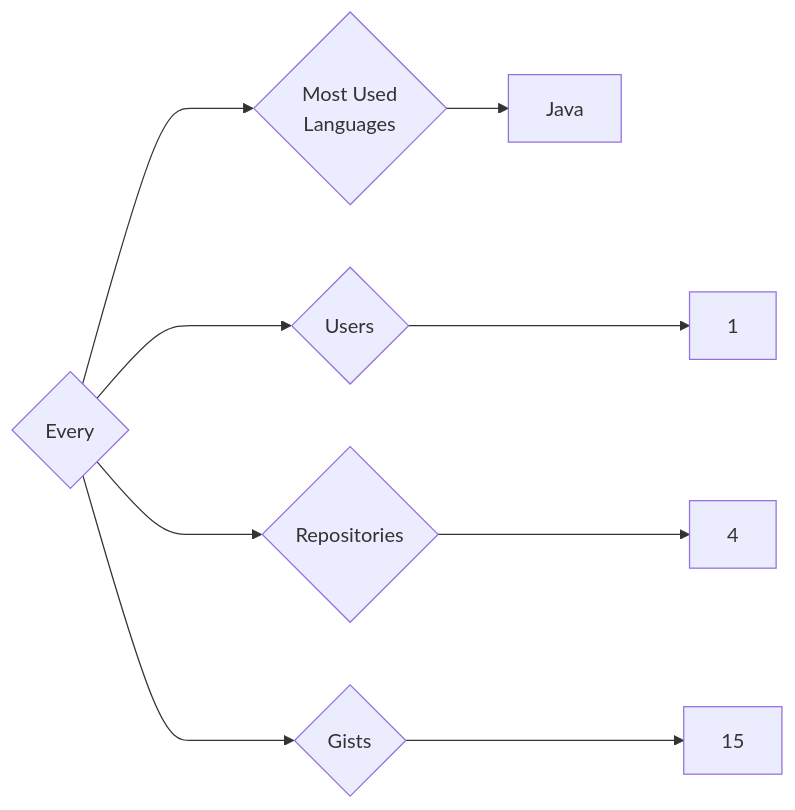
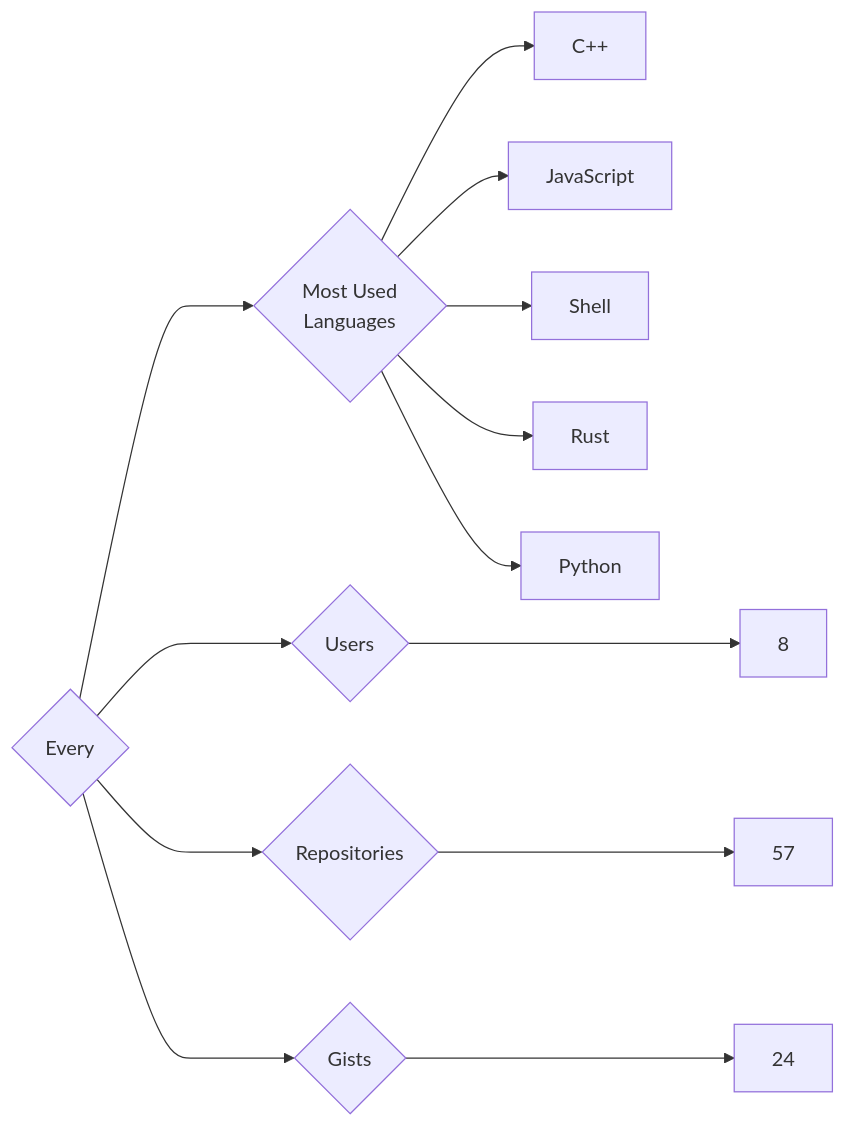
One commit to trickest/insiders changed the diagram in targets/Every/README.md. Above: the diagram before and after it, drawn with Mermaid. The commit also changed 888 other files, not shown here.

````diff
--- a/targets/Every/README.md
+++ b/targets/Every/README.md
@@ -3,9 +3,13 @@
 ```mermaid
 graph LR
 COMPANY_NAME{Every}
-COMPANY_NAME ---> U{Users} ---> UN[1]
-COMPANY_NAME ---> R{Repositories} ---> RN[4]
-COMPANY_NAME ---> G{Gists} ---> GN[15]
+COMPANY_NAME ---> U{Users} ---> UN[8]
+COMPANY_NAME ---> R{Repositories} ---> RN[57]
+COMPANY_NAME ---> G{Gists} ---> GN[24]
 COMPANY_NAME ---> ML{Most Used<br>Languages}
-ML --> Java[Java]
+ML --> C++[C++]
+ML --> JavaScript[JavaScript]
+ML --> Shell[Shell]
+ML --> Rust[Rust]
+ML --> Python[Python]
 ```
````
